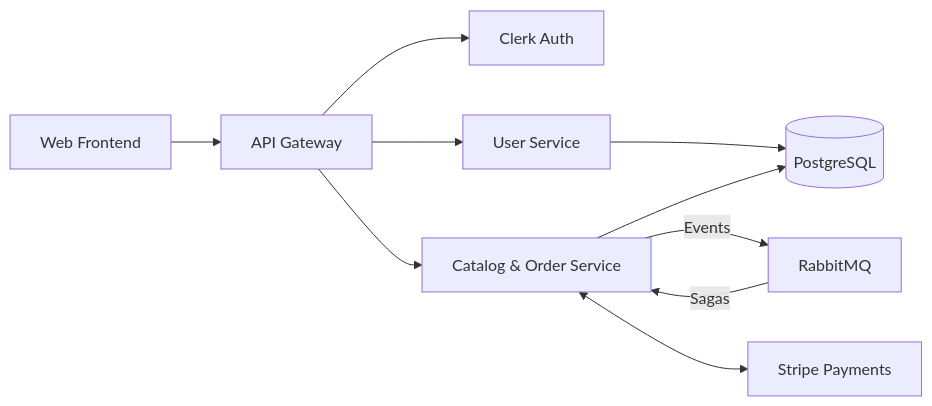
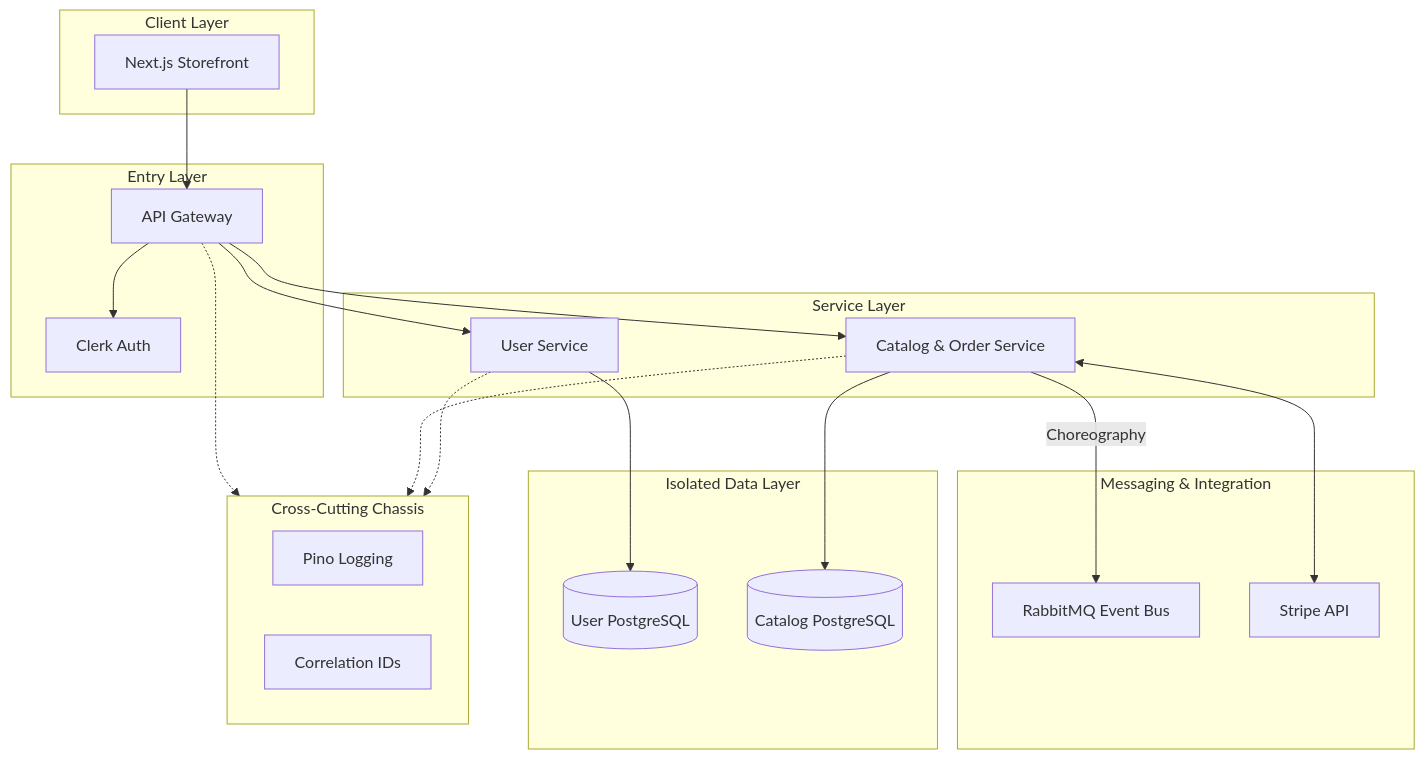
One commit to AmitxParmar/modular-mart-microservices changed the first of 2 diagrams in README.md. Above: the diagram before and after it, drawn with Mermaid. The commit also changed other lines of this file and 15 other files, not shown here.

````diff
--- a/README.md
+++ b/README.md
@@ -19,14 +17,46 @@
 ```mermaid
-flowchart LR
-    Client[Web Frontend] --> API[API Gateway]
-    API --> Auth[Clerk Auth]
-    API --> User[User Service]
-    API --> Catalog[Catalog & Order Service]
-    
-    User --> DB[(PostgreSQL)]
-    Catalog --> DB
-    
-    Catalog -- Events --> RMQ[RabbitMQ]
-    RMQ -- Sagas --> Catalog
-    Catalog <--> Stripe[Stripe Payments]
+graph TB
+    subgraph Client_Layer [Client Layer]
+        Web[Next.js Storefront]
+    end
+
+    subgraph Entry_Layer [Entry Layer]
+        Gateway[API Gateway]
+        Auth[Clerk Auth]
+    end
+
+    subgraph Logic_Layer [Service Layer]
+        UserSvc[User Service]
+        CatalogSvc[Catalog & Order Service]
+    end
+
+    subgraph Data_Layer [Isolated Data Layer]
+        UserDB[(User PostgreSQL)]
+        CatalogDB[(Catalog PostgreSQL)]
+    end
+
+    subgraph Event_Layer [Messaging & Integration]
+        RMQ[RabbitMQ Event Bus]
+        Stripe[Stripe API]
+    end
+
+    subgraph Observability [Cross-Cutting Chassis]
+        Pino[Pino Logging]
+        Tracing[Correlation IDs]
+    end
+
+    Web --> Gateway
+    Gateway --> Auth
+    Gateway --> UserSvc
+    Gateway --> CatalogSvc
+
+    UserSvc --> UserDB
+    CatalogSvc --> CatalogDB
+
+    CatalogSvc -- Choreography --> RMQ
+    CatalogSvc <--> Stripe
+
+    UserSvc -.-> Observability
+    CatalogSvc -.-> Observability
+    Gateway -.-> Observability
 ```
````
